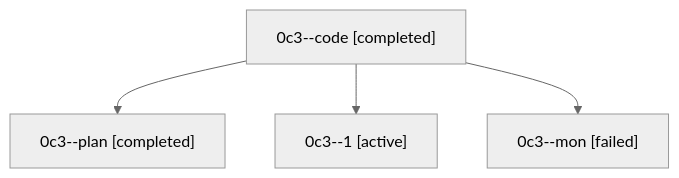
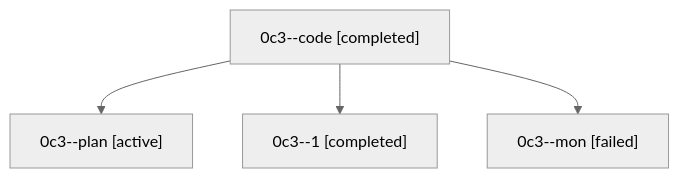
Before and after one commit to sase-org/sase--agents: the diagram in families/bbugyi200.athena.0c3.md, drawn with Mermaid (neutral theme). The commit also changed other lines of this file and 35830 other files, not shown here.

````diff
--- a/families/bbugyi200.athena.0c3.md
+++ b/families/bbugyi200.athena.0c3.md
@@ -9,10 +9,10 @@
 ```mermaid
 flowchart TD
   n0["0c3--code [completed]"]
-  n1["0c3--plan [completed]"]
+  n1["0c3--plan [active]"]
   n0 --> n1
-  n2["0c3--1 [active]"]
+  n2["0c3--1 [completed]"]
   n0 --> n2
   n3["0c3--mon [failed]"]
   n0 --> n3
 ```
````
